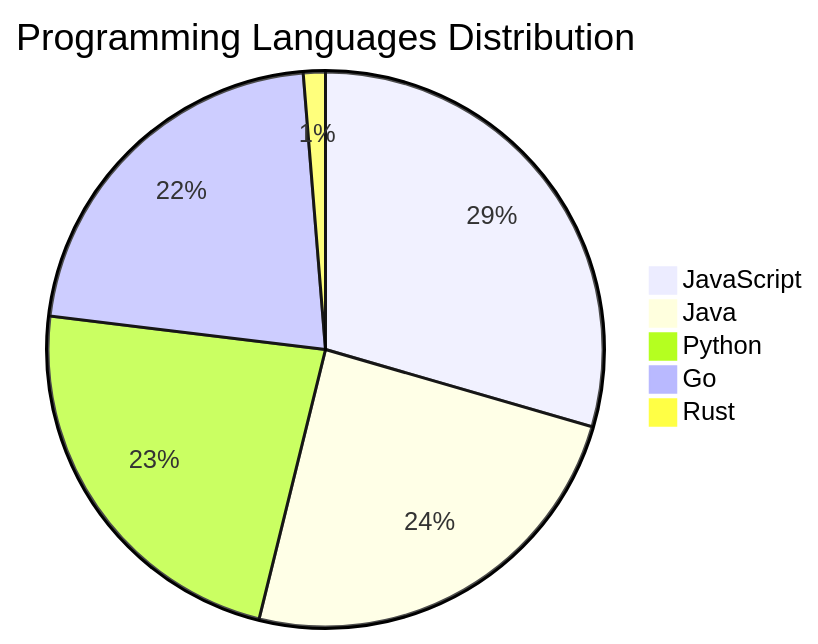
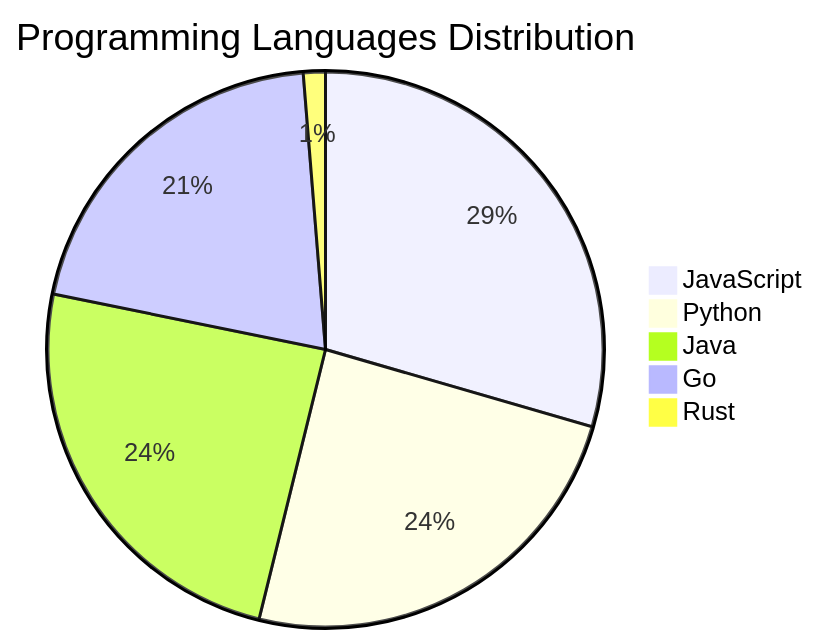
One commit to Derrick-MUGISHA/github-activity-bot changed the diagram in README.md. Above: the diagram before and after it, drawn with Mermaid. The commit also changed other lines of this file and 3 other files, not shown here.

````diff
--- a/README.md
+++ b/README.md
@@ -71,8 +71,8 @@
 ```mermaid
 pie title Programming Languages Distribution
     "JavaScript" : 23
+    "Python" : 19
     "Java" : 19
-    "Python" : 18
-    "Go" : 17
+    "Go" : 16
     "Rust" : 1
 ```
````
